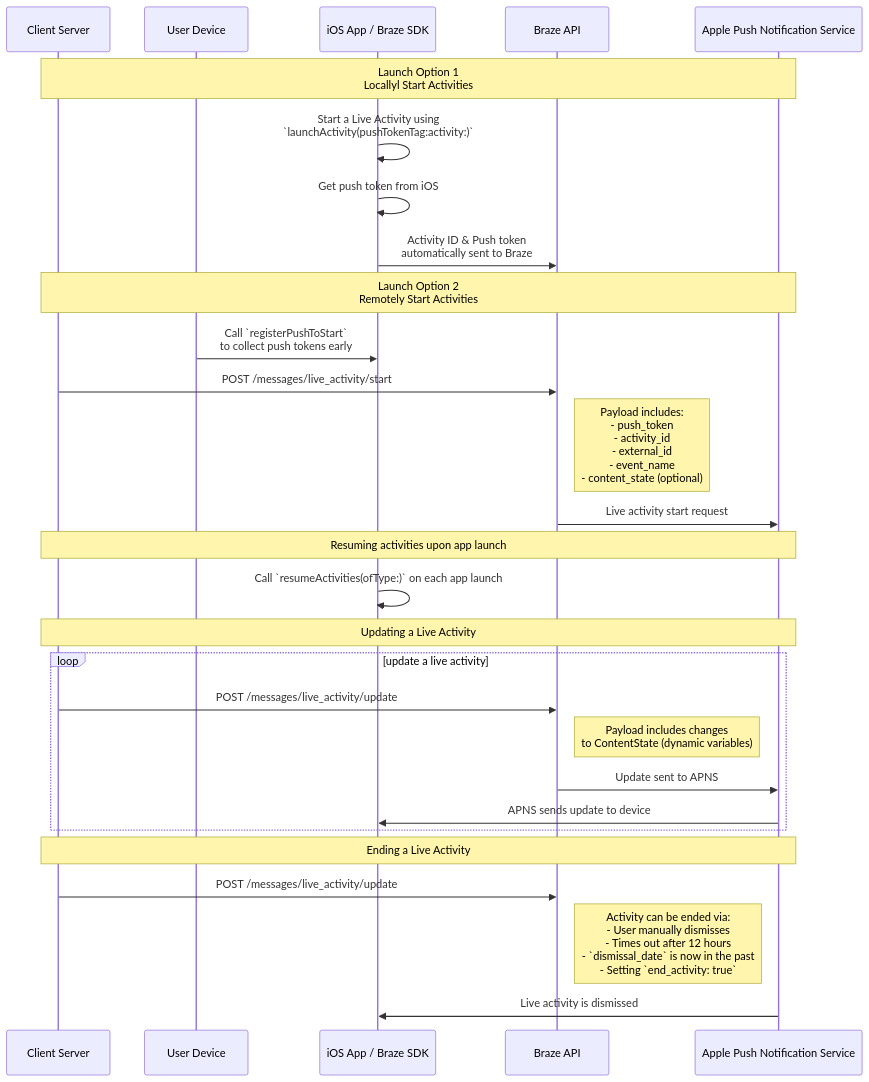
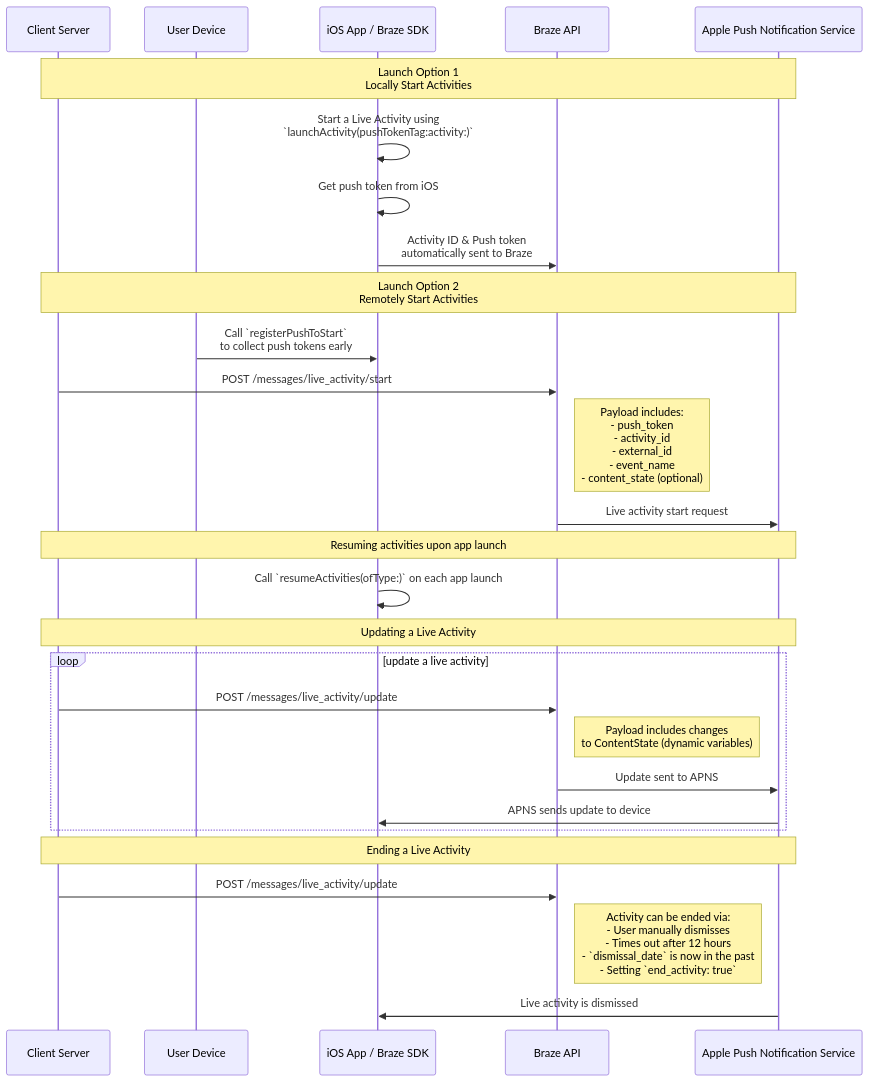
The diagram in _docs/_developer_guide/platforms/swift/live_activities.md (braze-inc/braze-docs), drawn with Mermaid before and after one commit.

````diff
--- a/_docs/_developer_guide/platforms/swift/live_activities.md
+++ b/_docs/_developer_guide/platforms/swift/live_activities.md
@@ -41,34 +41,34 @@
 ```mermaid
 ---
 config:
   theme: mc
 ---
 sequenceDiagram
   participant Server as Client Server
   participant Device as User Device
   participant App as iOS App / Braze SDK
   participant BrazeAPI as Braze API
   participant APNS as Apple Push Notification Service
-  Note over Server, APNS: Launch Option 1<br/>Locallyl Start Activities
+  Note over Server, APNS: Launch Option 1<br/>Locally Start Activities
   App ->> App: Start a Live Activity using <br>`launchActivity(pushTokenTag:activity:)`
   App ->> App: Get push token from iOS
   App ->> BrazeAPI: Activity ID & Push token<br>automatically sent to Braze
   Note over Server, APNS: Launch Option 2<br/>Remotely Start Activities
   Device ->> App: Call `registerPushToStart`<br>to collect push tokens early
   Server ->> BrazeAPI: POST /messages/live_activity/start
   Note right of BrazeAPI: Payload includes:<br>- push_token<br>- activity_id<br>- external_id<br>- event_name<br>- content_state (optional)
   BrazeAPI ->> APNS: Live activity start request
   Note over Server, APNS: Resuming activities upon app launch
   App ->> App: Call `resumeActivities(ofType:)` on each app launch
   Note over Server, APNS: Updating a Live Activity
   loop update a live activity
   Server ->> BrazeAPI: POST /messages/live_activity/update
   Note right of BrazeAPI: Payload includes changes<br>to ContentState (dynamic variables)
   BrazeAPI ->> APNS: Update sent to APNS
   APNS ->> App: APNS sends update to device
   end
   Note over Server, APNS: Ending a Live Activity
   Server ->> BrazeAPI: POST /messages/live_activity/update
   Note right of BrazeAPI: Activity can be ended via:<br> - User manually dismisses<br>- Times out after 12 hours<br>- `dismissal_date` is now in the past<br>- Setting `end_activity: true`
   APNS ->> App: Live activity is dismissed
 ```
````
